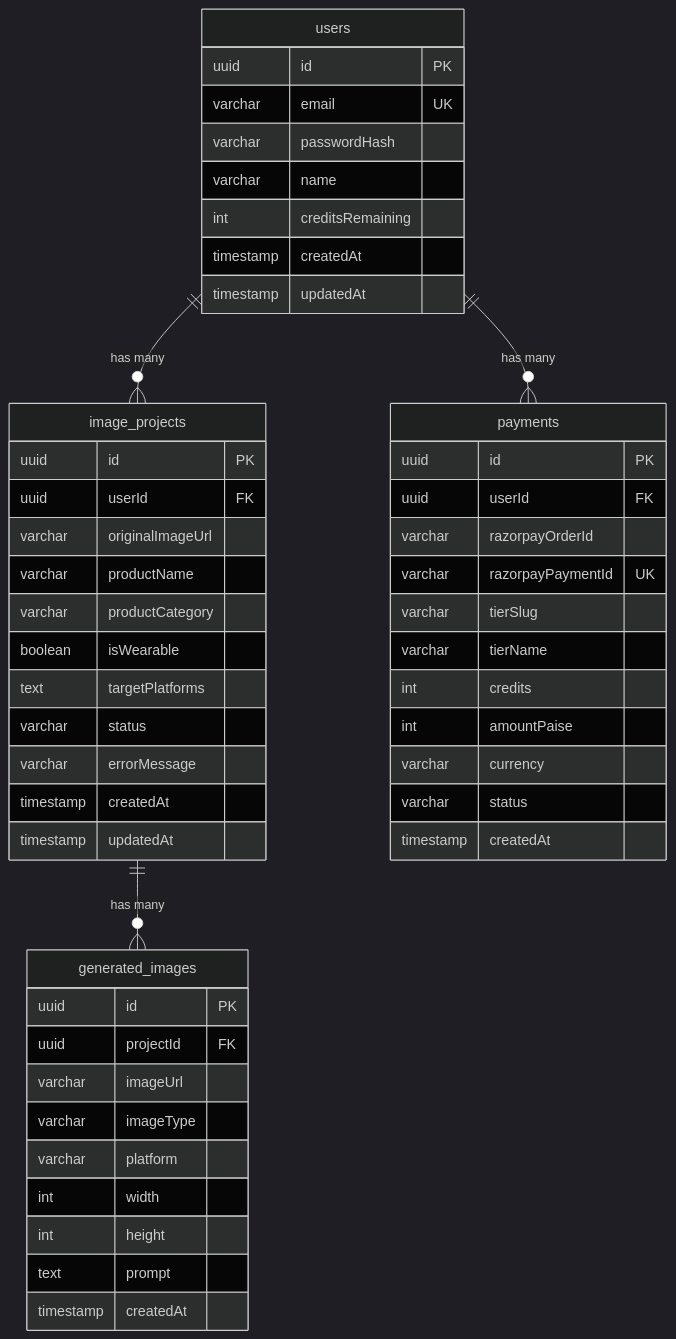
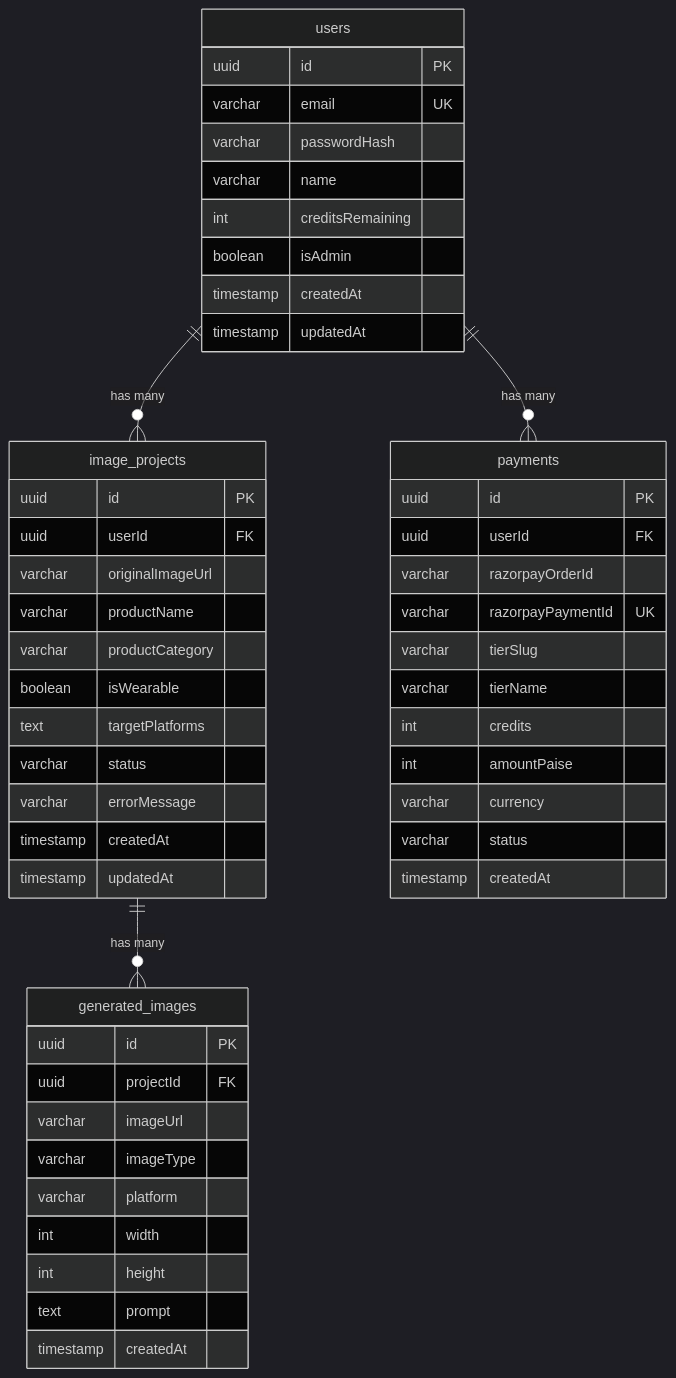
One commit to learnwithsatyam/listic changed the third of 12 diagrams in docs/ARCHITECTURE.md. Above: the diagram before and after it, drawn with Mermaid (dark theme). The commit also changed other lines of this file, not shown here.

First line of the commit message:
docs: update architecture with admin panel, infrastructure, and recent changes

````diff
--- a/docs/ARCHITECTURE.md
+++ b/docs/ARCHITECTURE.md
@@ -172,56 +214,57 @@
 ```mermaid
 erDiagram
     users {
         uuid id PK
         varchar email UK
         varchar passwordHash
         varchar name
         int creditsRemaining
+        boolean isAdmin
         timestamp createdAt
         timestamp updatedAt
     }
 
     image_projects {
         uuid id PK
         uuid userId FK
         varchar originalImageUrl
         varchar productName
         varchar productCategory
         boolean isWearable
         text targetPlatforms
         varchar status
         varchar errorMessage
         timestamp createdAt
         timestamp updatedAt
     }
 
     generated_images {
         uuid id PK
         uuid projectId FK
         varchar imageUrl
         varchar imageType
         varchar platform
         int width
         int height
         text prompt
         timestamp createdAt
     }
 
     payments {
         uuid id PK
         uuid userId FK
         varchar razorpayOrderId
         varchar razorpayPaymentId UK
         varchar tierSlug
         varchar tierName
         int credits
         int amountPaise
         varchar currency
         varchar status
         timestamp createdAt
     }
 
     users ||--o{ image_projects : "has many"
     users ||--o{ payments : "has many"
     image_projects ||--o{ generated_images : "has many"
 ```
````
